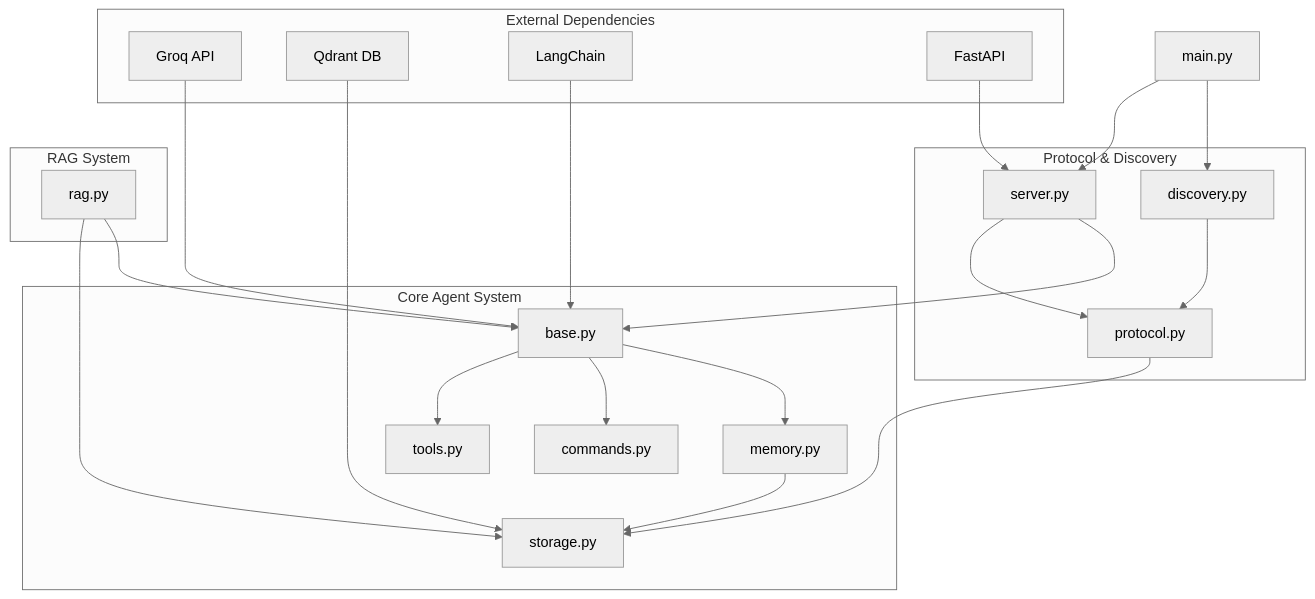
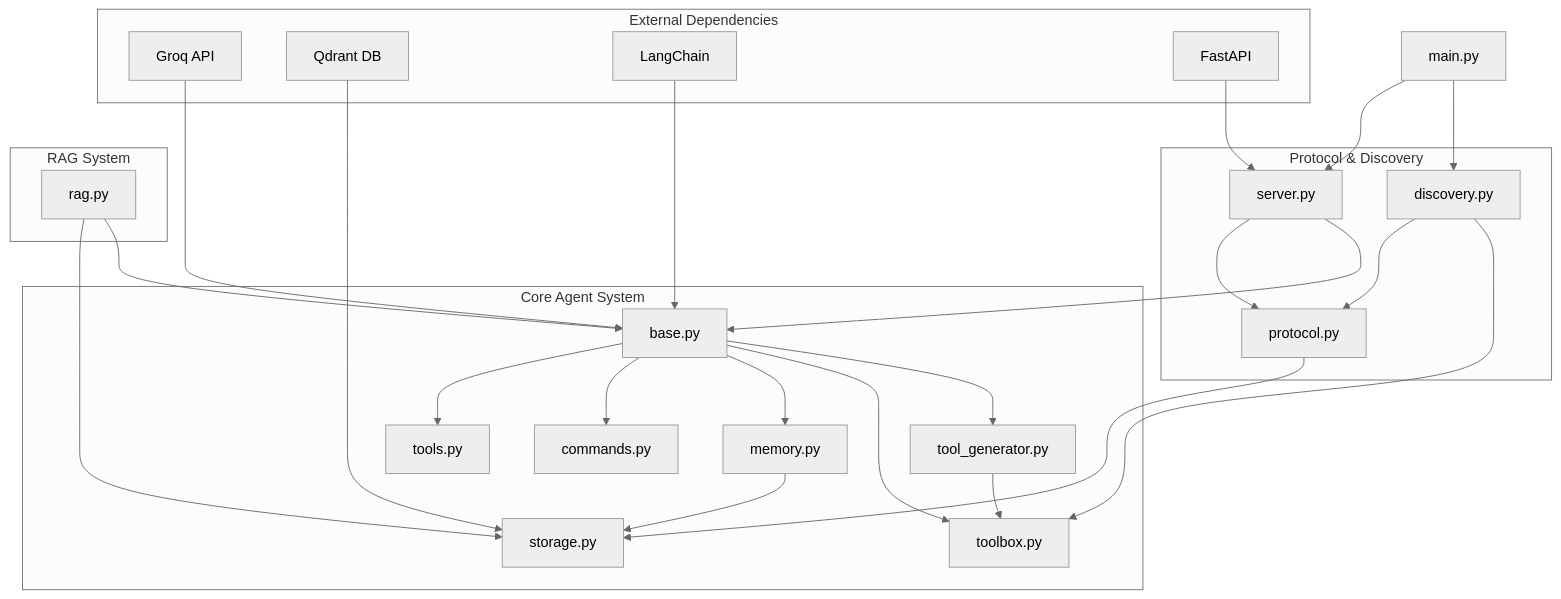
Before and after one commit to BlueberryMathematics/langchain-agent-base: the first of 5 diagrams in README.md, drawn with Mermaid (neutral theme). The commit also changed other lines of this file and 11 other files, not shown here.

````diff
--- a/README.md
+++ b/README.md
@@ -236,31 +264,35 @@
 ```mermaid
 graph TB
     subgraph "Core Agent System"
         A[base.py] --> B[tools.py]
         A --> C[commands.py]
         A --> D[memory.py]
+        A --> T[toolbox.py]
+        A --> TG[tool_generator.py]
         D --> E[storage.py]
+        TG --> T
     end
     
     subgraph "Protocol & Discovery"
         F[protocol.py] --> E
         G[discovery.py] --> F
+        G --> T
         H[server.py] --> F
         H --> A
     end
     
     subgraph "RAG System"
         I[rag.py] --> E
         I --> A
     end
     
     subgraph "External Dependencies"
         J[Groq API] --> A
         K[Qdrant DB] --> E
         L[LangChain] --> A
         M[FastAPI] --> H
     end
     
     N[main.py] --> H
     N --> G
 ```
````
